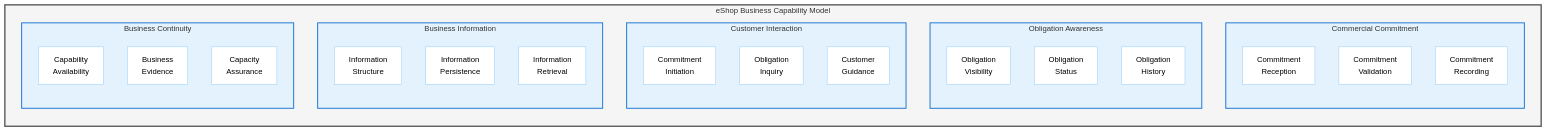
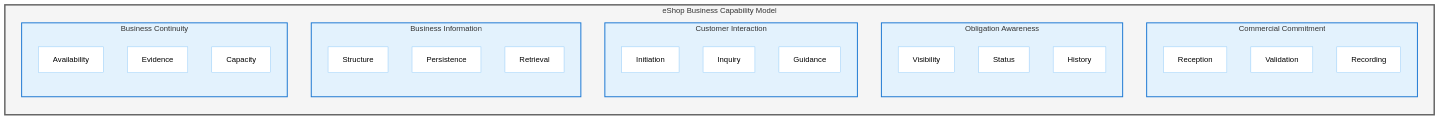
One commit to Evilazaro/Azure-LogicApps-Monitoring changed the second of 7 diagrams in docs/architecture/01-business-architecture.md. Above: the diagram before and after it, drawn with Mermaid (neutral theme). The commit also changed other lines of this file, not shown here.

Commit message:
Refactor Business Architecture document: simplify terminology in diagrams for clarity and consistency

````diff
--- a/docs/architecture/01-business-architecture.md
+++ b/docs/architecture/01-business-architecture.md
@@ -281,49 +281,49 @@
 ```mermaid
 flowchart TB
     subgraph Business_Capabilities["eShop Business Capability Model"]
         direction TB
 
         subgraph Commercial["Commercial Commitment"]
             direction TB
-            CC1["Commitment<br/>Reception"]
-            CC2["Commitment<br/>Validation"]
-            CC3["Commitment<br/>Recording"]
+            CC1["Reception"]
+            CC2["Validation"]
+            CC3["Recording"]
         end
 
         subgraph Obligation["Obligation Awareness"]
             direction TB
-            OA1["Obligation<br/>Visibility"]
-            OA2["Obligation<br/>Status"]
-            OA3["Obligation<br/>History"]
+            OA1["Visibility"]
+            OA2["Status"]
+            OA3["History"]
         end
 
         subgraph Customer["Customer Interaction"]
             direction TB
-            CI1["Commitment<br/>Initiation"]
-            CI2["Obligation<br/>Inquiry"]
-            CI3["Customer<br/>Guidance"]
+            CI1["Initiation"]
+            CI2["Inquiry"]
+            CI3["Guidance"]
         end
 
         subgraph Information["Business Information"]
             direction TB
-            BI1["Information<br/>Structure"]
-            BI2["Information<br/>Persistence"]
-            BI3["Information<br/>Retrieval"]
+            BI1["Structure"]
+            BI2["Persistence"]
+            BI3["Retrieval"]
         end
 
         subgraph Continuity["Business Continuity"]
             direction TB
-            BC1["Capability<br/>Availability"]
-            BC2["Business<br/>Evidence"]
-            BC3["Capacity<br/>Assurance"]
+            BC1["Availability"]
+            BC2["Evidence"]
+            BC3["Capacity"]
         end
     end
 
     classDef level1 fill:#f5f5f5,stroke:#616161,stroke-width:3px
     classDef level2 fill:#e3f2fd,stroke:#1976d2,stroke-width:2px
     classDef level3 fill:#ffffff,stroke:#90caf9,stroke-width:1px
 
     class Business_Capabilities level1
     class Commercial,Obligation,Customer,Information,Continuity level2
     class CC1,CC2,CC3,OA1,OA2,OA3,CI1,CI2,CI3,BI1,BI2,BI3,BC1,BC2,BC3 level3
 ```
````
